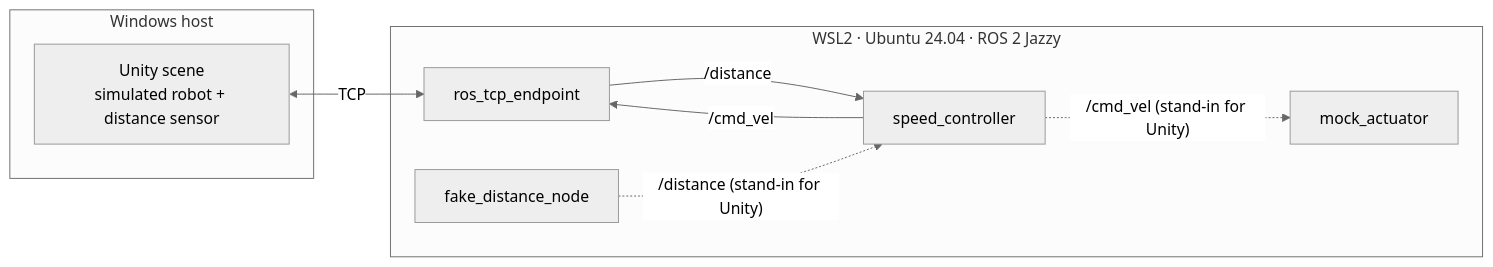
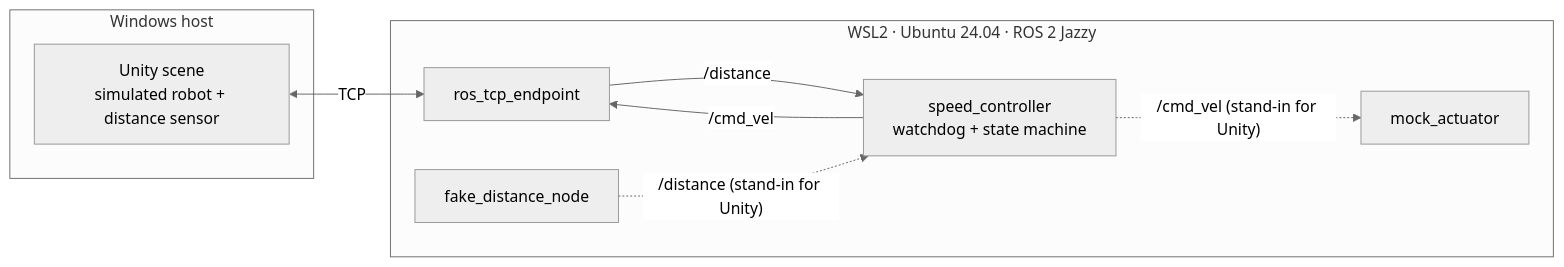
Before and after one commit to t-hermanns/ros2-unity-sim: the diagram in README.md, drawn with Mermaid (neutral theme). The commit also changed other lines of this file, not shown here.

Commit message:
Add roadmap and state machine plan to README

````diff
--- a/README.md
+++ b/README.md
@@ -25,17 +28,17 @@
 ```mermaid
 flowchart LR
     subgraph win["Windows host"]
         U["Unity scene<br/>simulated robot + distance sensor"]
     end
     subgraph wsl["WSL2 · Ubuntu 24.04 · ROS 2 Jazzy"]
         E["ros_tcp_endpoint"]
         F["fake_distance_node"]
-        C["speed_controller"]
+        C["speed_controller<br/>watchdog + state machine"]
         M["mock_actuator"]
     end
     U <-- "TCP" --> E
     E -- "/distance" --> C
     F -. "/distance (stand-in for Unity)" .-> C
     C -- "/cmd_vel" --> E
     C -. "/cmd_vel (stand-in for Unity)" .-> M
 ```
````
